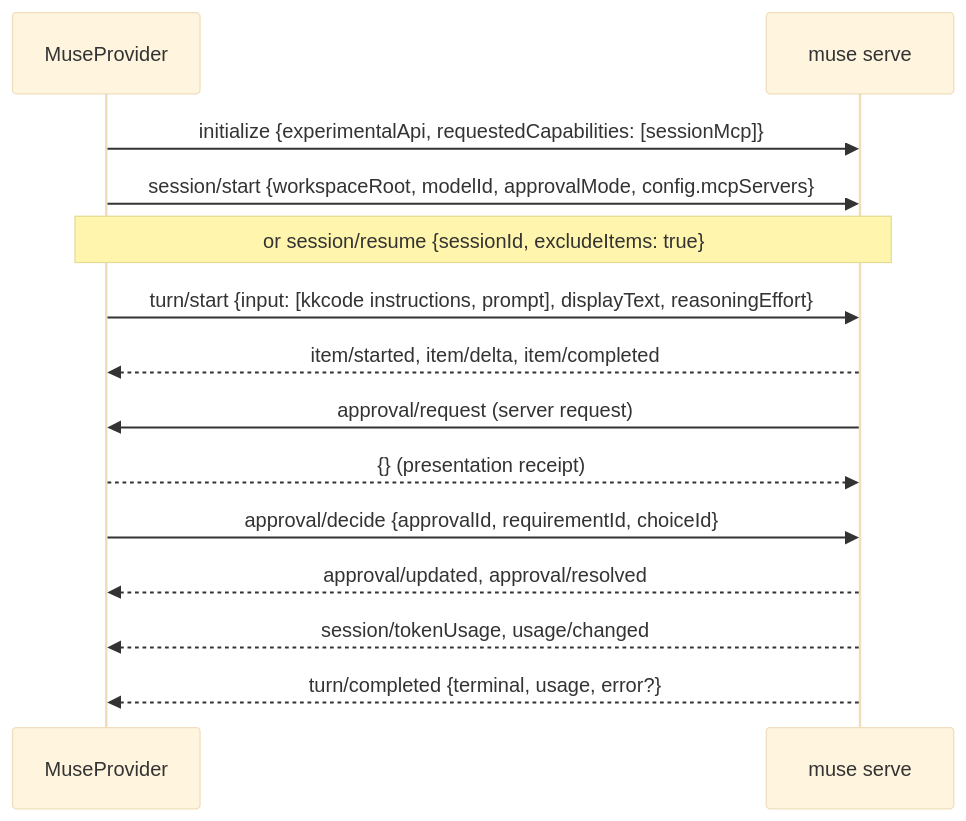
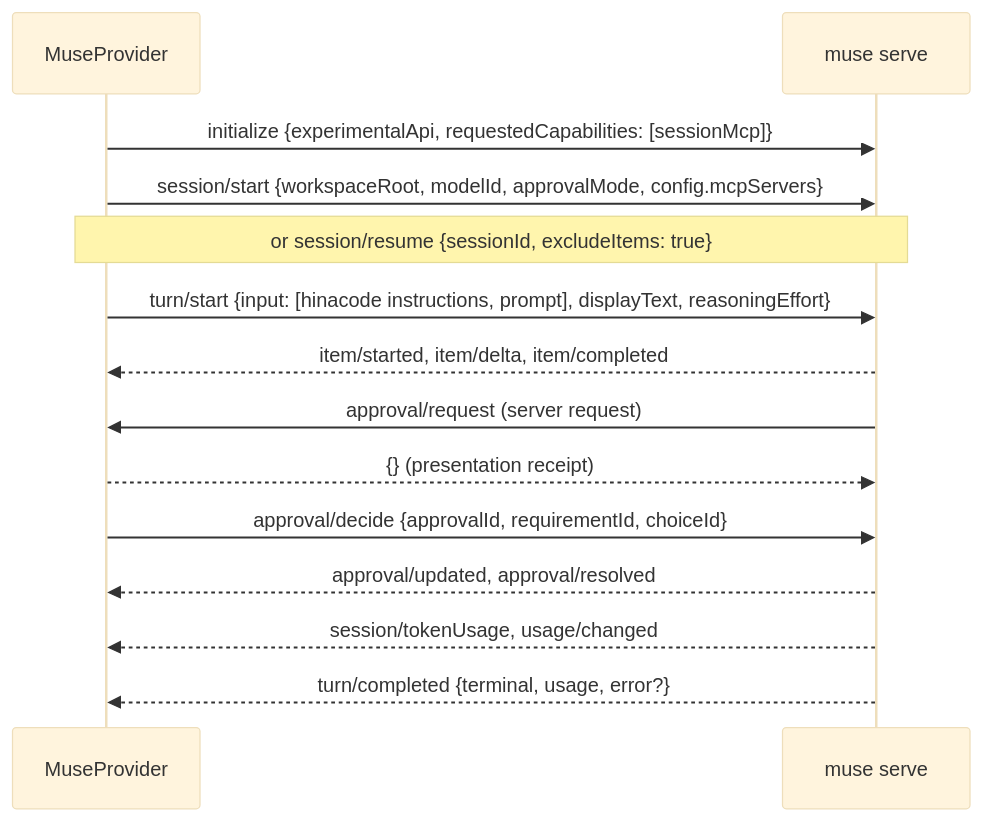
One commit to hinadev-ai/hinacode changed the second of 2 diagrams in docs/muse-integration-guide.md. Above: the diagram before and after it, drawn with Mermaid (base theme). The commit also changed other lines of this file and 238 other files, not shown here.

````diff
--- a/docs/muse-integration-guide.md
+++ b/docs/muse-integration-guide.md
@@ -44,16 +44,16 @@
 ```mermaid
 sequenceDiagram
   participant P as MuseProvider
   participant H as muse serve
   P->>H: initialize {experimentalApi, requestedCapabilities: [sessionMcp]}
   P->>H: session/start {workspaceRoot, modelId, approvalMode, config.mcpServers}
   Note over P,H: or session/resume {sessionId, excludeItems: true}
-  P->>H: turn/start {input: [kkcode instructions, prompt], displayText, reasoningEffort}
+  P->>H: turn/start {input: [hinacode instructions, prompt], displayText, reasoningEffort}
   H-->>P: item/started, item/delta, item/completed
   H->>P: approval/request (server request)
   P-->>H: {} (presentation receipt)
   P->>H: approval/decide {approvalId, requirementId, choiceId}
   H-->>P: approval/updated, approval/resolved
   H-->>P: session/tokenUsage, usage/changed
   H-->>P: turn/completed {terminal, usage, error?}
 ```
````
